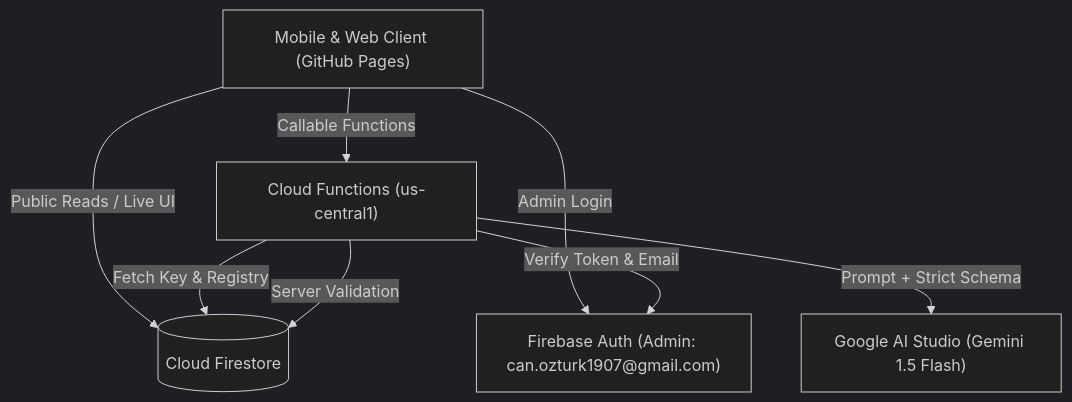
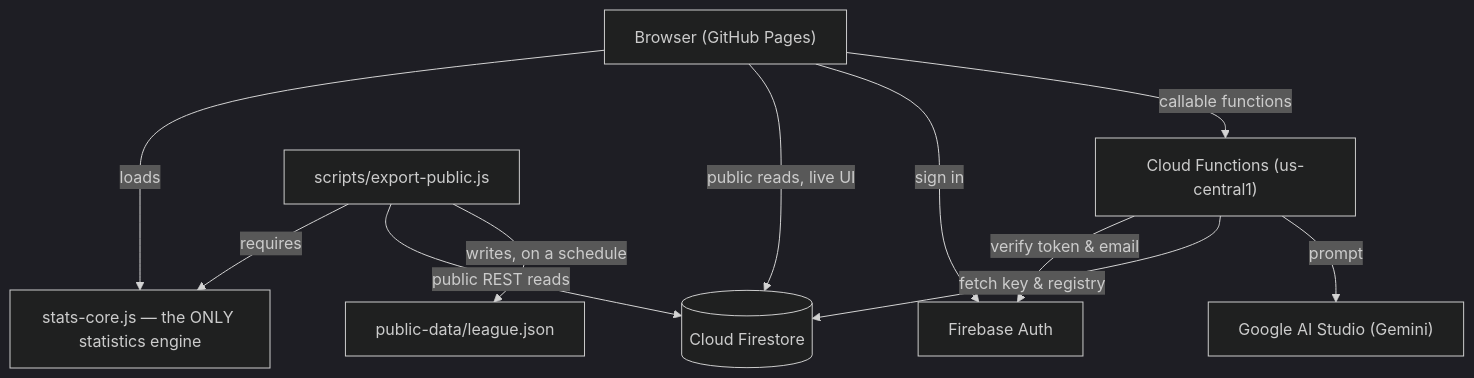
One commit to ccaannozturk/elderlysupport changed the diagram in docs/STATUS.md. Above: the diagram before and after it, drawn with Mermaid (dark theme). The commit also changed other lines of this file and 6 other files, not shown here.

````diff
--- a/docs/STATUS.md
+++ b/docs/STATUS.md
@@ -12,16 +17,22 @@
 ```mermaid
 graph TD
-    Client["Mobile & Web Client (GitHub Pages)"]
-    Auth["Firebase Auth (Admin: can.ozturk1907@gmail.com)"]
+    Client["Browser (GitHub Pages)"]
+    Core["stats-core.js — the ONLY statistics engine"]
+    Auth["Firebase Auth"]
     CF["Cloud Functions (us-central1)"]
-    Gemini["Google AI Studio (Gemini 1.5 Flash)"]
+    Gemini["Google AI Studio (Gemini)"]
     FS[("Cloud Firestore")]
+    Export["scripts/export-public.js"]
+    Pages["public-data/league.json"]
 
-    Client -->|Public Reads / Live UI| FS
-    Client -->|Admin Login| Auth
-    Client -->|Callable Functions| CF
-    CF -->|Verify Token & Email| Auth
-    CF -->|Fetch Key & Registry| FS
-    CF -->|Prompt + Strict Schema| Gemini
-    CF -->|Server Validation| FS
+    Client -->|loads| Core
+    Client -->|public reads, live UI| FS
+    Client -->|sign in| Auth
+    Client -->|callable functions| CF
+    CF -->|verify token & email| Auth
+    CF -->|fetch key & registry| FS
+    CF -->|prompt| Gemini
+    Export -->|requires| Core
+    Export -->|public REST reads| FS
+    Export -->|writes, on a schedule| Pages
 ```
````
